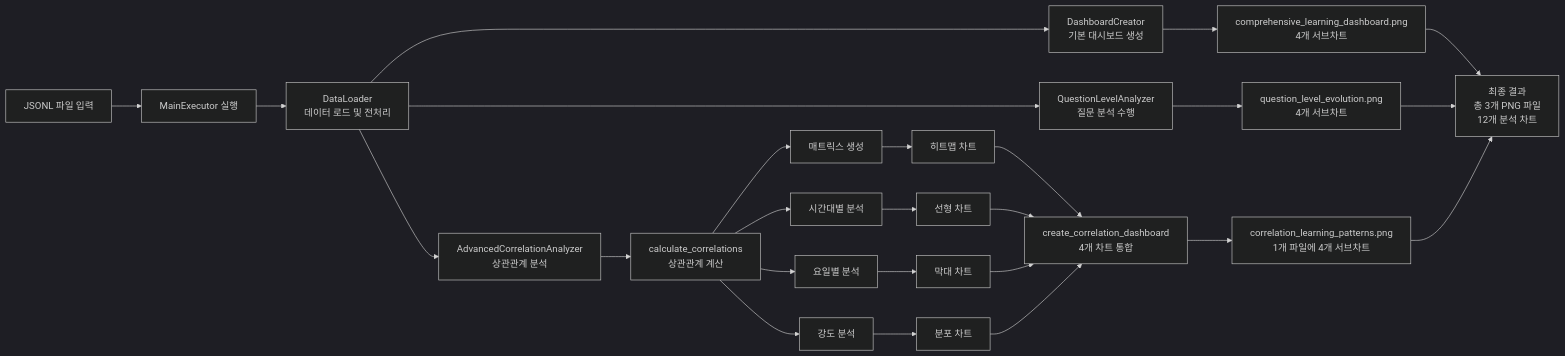
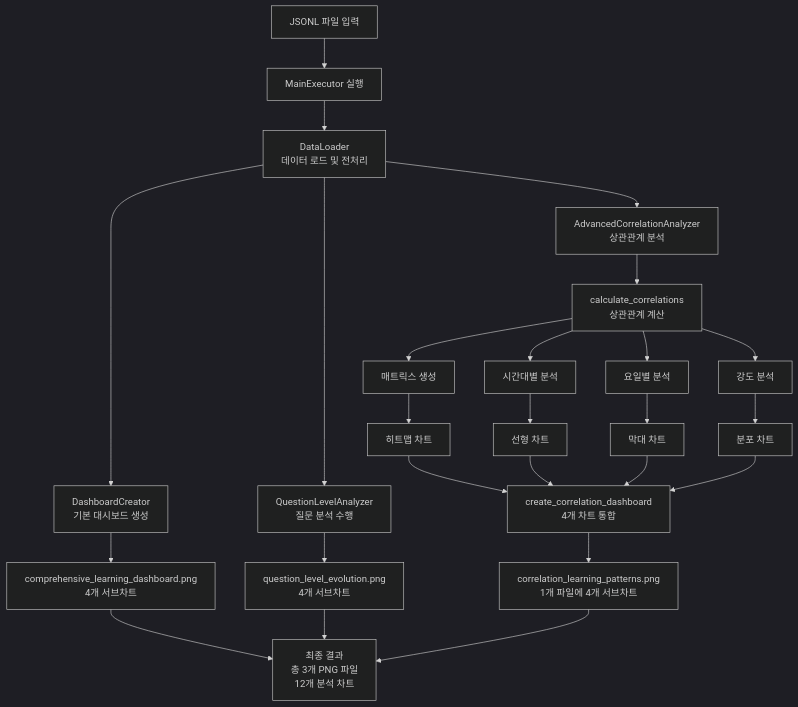
One commit to 2574895/DataAnalysis_PF changed the second of 2 diagrams in README.md. Above: the diagram before and after it, drawn with Mermaid (dark theme).

Commit message:
docs: 데이터 처리 플로우 다이어그램을 다시 상하 방향으로 변경
- graph LR → graph TD: 좌우 방향에서 상하 방향으로 복원
- C, F, G 노드 유지:
  - C: DataLoader (데이터 로드 및 전처리)
  - F: comprehensive_learning_dashboard.png (4개 서브차트)
  - G: question_level_evolution.png (4개 서브차트)
- 구조 및 내용은 그대로 유지하면서 방향만 변경

````diff
--- a/README.md
+++ b/README.md
@@ -123,31 +123,36 @@
 ```mermaid
-graph LR
+graph TD
     A[JSONL 파일 입력] --> B[MainExecutor 실행]
 
     B --> C[DataLoader<br/>데이터 로드 및 전처리]
 
     C --> D[DashboardCreator<br/>기본 대시보드 생성]
     C --> E[QuestionLevelAnalyzer<br/>질문 분석 수행]
     C --> H[AdvancedCorrelationAnalyzer<br/>상관관계 분석]
 
     D --> F[comprehensive_learning_dashboard.png<br/>4개 서브차트]
     E --> G[question_level_evolution.png<br/>4개 서브차트]
 
     H --> I[calculate_correlations<br/>상관관계 계산]
 
-    I --> M[매트릭스 생성] --> Q[히트맵 차트]
-    I --> N[시간대별 분석] --> R[선형 차트]
-    I --> O[요일별 분석] --> S[막대 차트]
-    I --> P[강도 분석] --> T[분포 차트]
+    I --> M[매트릭스 생성]
+    I --> N[시간대별 분석]
+    I --> O[요일별 분석]
+    I --> P[강도 분석]
+
+    M --> Q[히트맵 차트]
+    N --> R[선형 차트]
+    O --> S[막대 차트]
+    P --> T[분포 차트]
 
     Q --> J[create_correlation_dashboard<br/>4개 차트 통합]
     R --> J
     S --> J
     T --> J
 
     J --> K[correlation_learning_patterns.png<br/>1개 파일에 4개 서브차트]
 
     F --> L[최종 결과<br/>총 3개 PNG 파일<br/>12개 분석 차트]
     G --> L
     K --> L
 ```
````
